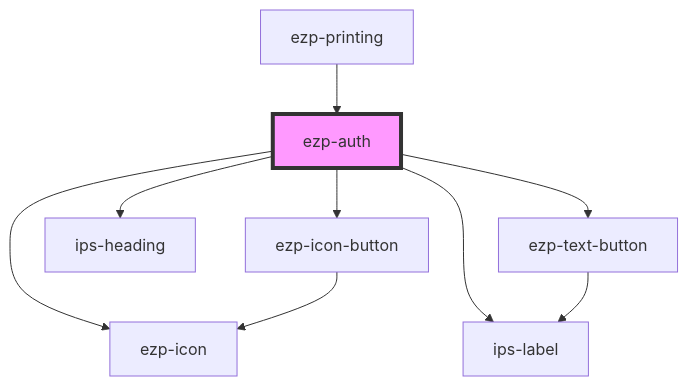
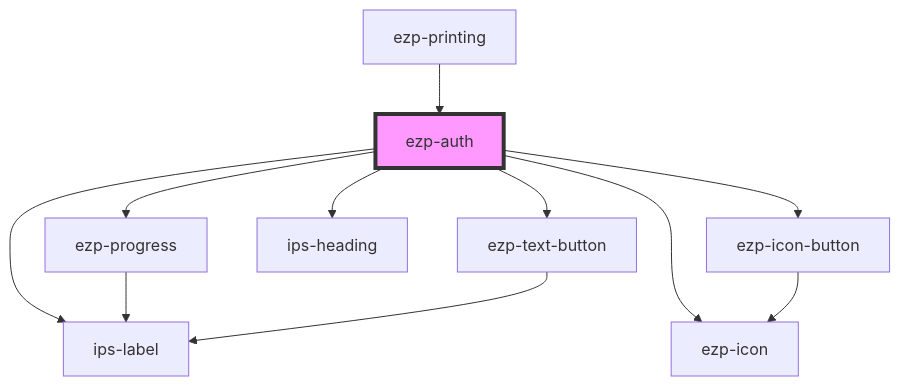
One commit to ezeep/ezeep-js changed the diagram in src/components/ezp-auth/readme.md. Above: the diagram before and after it, drawn with Mermaid. The commit also changed other lines of this file and 7 other files, not shown here.

````diff
--- a/src/components/ezp-auth/readme.md
+++ b/src/components/ezp-auth/readme.md
@@ -45,12 +47,14 @@
 ```mermaid
 graph TD;
+  ezp-auth --> ezp-progress
   ezp-auth --> ezp-icon-button
   ezp-auth --> ezp-icon
   ezp-auth --> ips-heading
   ezp-auth --> ips-label
   ezp-auth --> ezp-text-button
+  ezp-progress --> ips-label
   ezp-icon-button --> ezp-icon
   ezp-text-button --> ips-label
   ezp-printing --> ezp-auth
   style ezp-auth fill:#f9f,stroke:#333,stroke-width:4px
 ```
````
